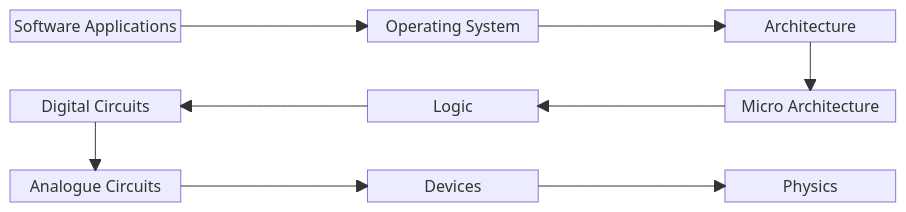
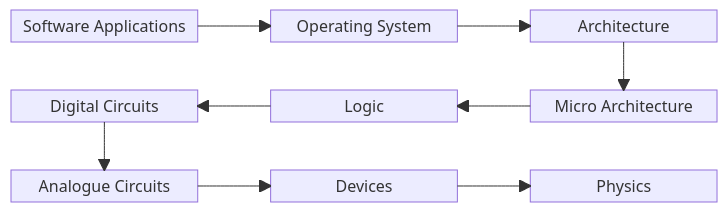
The diagram in computer_architecture_models/README.md (Big-Red-Cal/little-lessons), drawn with Mermaid before and after one commit. The commit also changed other lines of this file, not shown here.

Commit message:
Readme graph further tinkering

````diff
--- a/computer_architecture_models/README.md
+++ b/computer_architecture_models/README.md
@@ -33,34 +33,34 @@
 ```mermaid
 block
-	columns 5
-	A["Software Applications"]
+	columns 10
+	A["Software Applications"]:3
 	space
-	B["Operating System"]
+	B["Operating System"]:3
 	space
-	C["Architecture"]
+	C["Architecture"]:3
 
-	space space space space space
+	space:10
 
-	F["Digital Circuits"]
+	F["Digital Circuits"]:3
 	space
-	E["Logic"]
+	E["Logic"]:3
 	space
-	D["Micro Architecture"]
+	D["Micro Architecture"]:3
 
-	space space space space space
+	space:10
 
-	G["Analogue Circuits"]
+	G["Analogue Circuits"]:3
 	space
-	H["Devices"]
+	H["Devices"]:3
 	space
-	I["Physics"]
+	I["Physics"]:3
 
 	A-->B
 	B-->C
 	C-->D
 	D-->E
 	E-->F
 	F-->G
 	G-->H
 	H-->I
 ```
````
